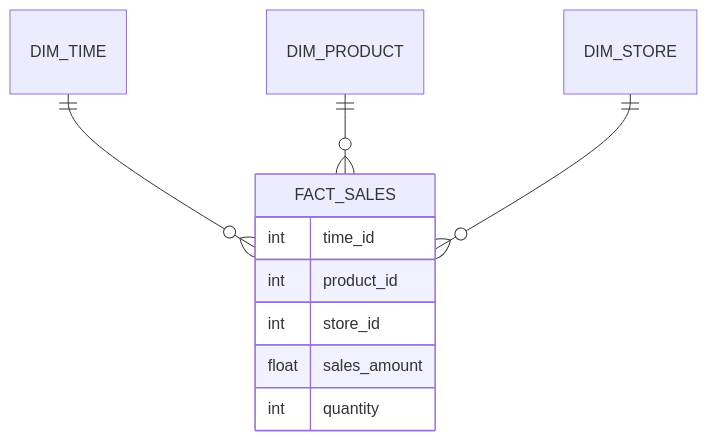
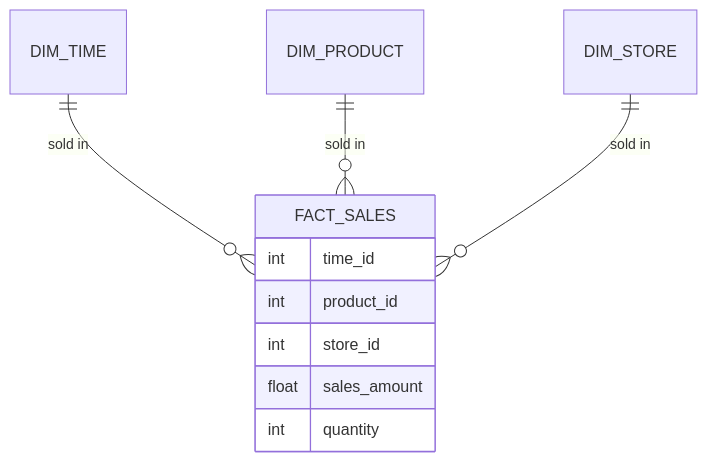
Before and after one commit to ankitkumar131/sem3: the second of 7 diagrams in BI/unit 3.md, drawn with Mermaid. The commit also changed 5 other files, not shown here.

Commit message:
Fix Mermaid diagram syntax errors in WT, BI, DS notes

````diff
--- a/BI/unit 3.md
+++ b/BI/unit 3.md
@@ -37,13 +37,13 @@
 ```mermaid
 erDiagram
-    DIM_TIME ||--o{ FACT_SALES : ""
-    DIM_PRODUCT ||--o{ FACT_SALES : ""
-    DIM_STORE ||--o{ FACT_SALES : ""
+    DIM_TIME ||--o{ FACT_SALES : "sold in"
+    DIM_PRODUCT ||--o{ FACT_SALES : "sold in"
+    DIM_STORE ||--o{ FACT_SALES : "sold in"
     FACT_SALES {
         int time_id
         int product_id
         int store_id
         float sales_amount
         int quantity
     }
 ```
````
